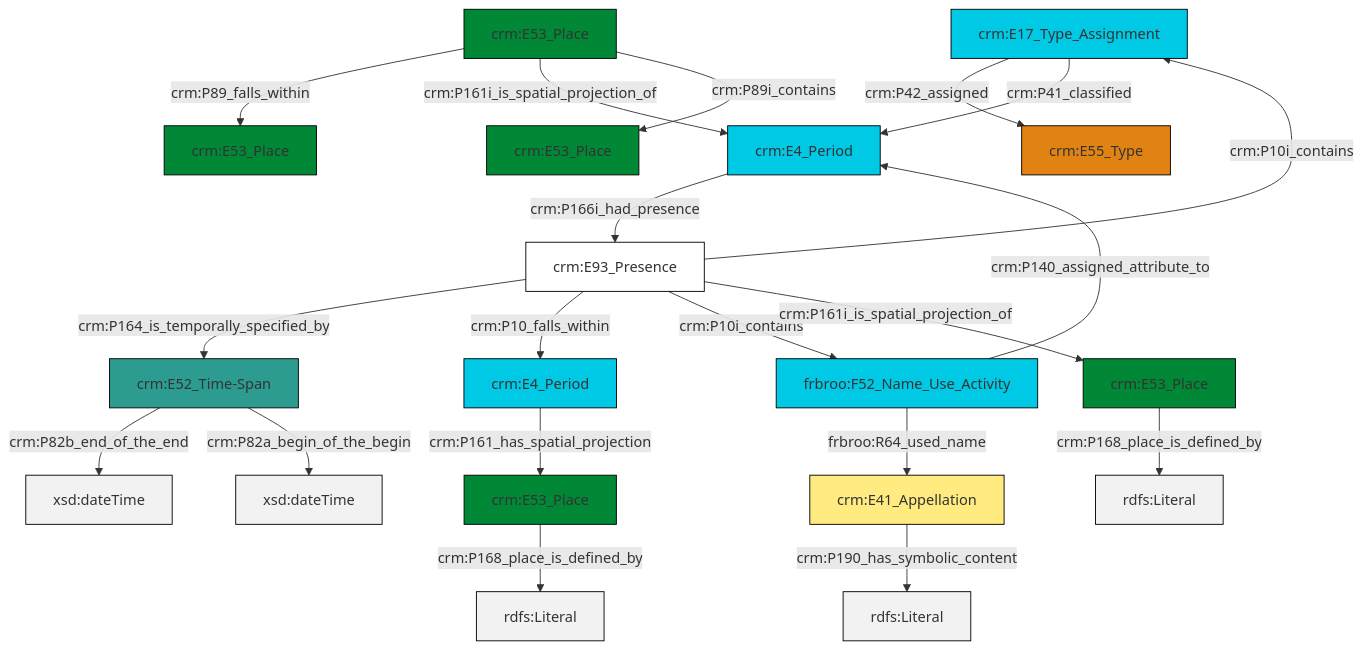
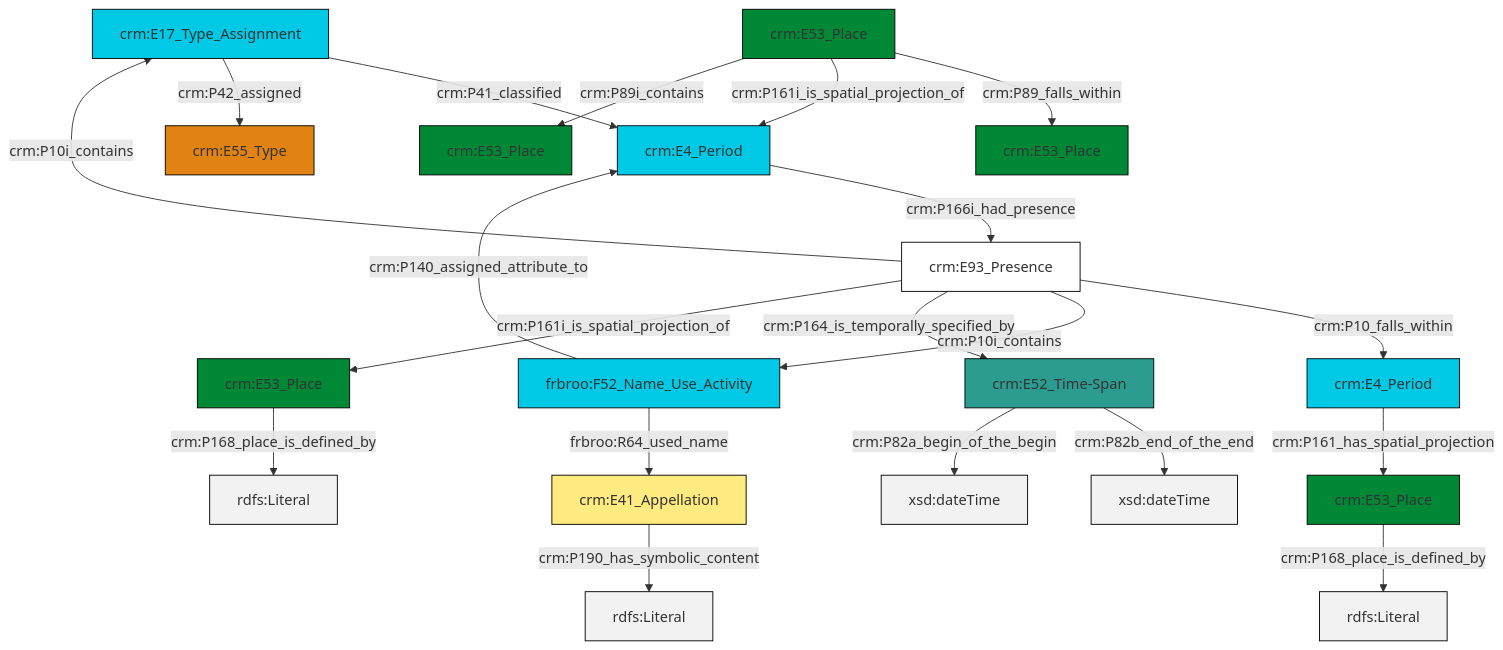
The diagram in et/placeCSV/ttl/mmd/place_parthood.ttl.mmd (swiss-art-research-net/reference-data-models), drawn with Mermaid before and after one commit. The commit also changed 122 other files, not shown here.

```diff
--- a/et/placeCSV/ttl/mmd/place_parthood.ttl.mmd
+++ b/et/placeCSV/ttl/mmd/place_parthood.ttl.mmd
@@ -1,34 +1,34 @@
 graph TD
 classDef Literal fill:#f2f2f2,stroke:#000000;
 classDef CRM_Entity fill:#FFFFFF,stroke:#000000;
 classDef Temporal_Entity fill:#00C9E6, stroke:#000000;
 classDef Type fill:#E18312, stroke:#000000;
 classDef Time-Span fill:#2C9C91, stroke:#000000;
 classDef Appellation fill:#FFEB7F, stroke:#000000;
 classDef Place fill:#008836, stroke:#000000;
 classDef Persistent_Item fill:#B266B2, stroke:#000000;
 classDef Conceptual_Object fill:#FFD700, stroke:#000000;
 classDef Physical_Thing fill:#D2B48C, stroke:#000000;
 classDef Actor fill:#f58aad, stroke:#000000;
 classDef PC_Classes fill:#4ce600, stroke:#000000;
 classDef Multi fill:#cccccc,stroke:#000000;
 
-4["crm:E17_Type_Assignment"]:::Temporal_Entity -->|crm:P42_assigned| 2["crm:E55_Type"]:::Type
-5["crm:E93_Presence"]:::CRM_Entity -->|crm:P164_is_temporally_specified_by| 6["crm:E52_Time-Span"]:::Time-Span
-6["crm:E52_Time-Span"]:::Time-Span -->|crm:P82b_end_of_the_end| 8[xsd:dateTime]:::Literal
+0["crm:E4_Period"]:::Temporal_Entity -->|crm:P161_has_spatial_projection| 1["crm:E53_Place"]:::Place
+5["crm:E17_Type_Assignment"]:::Temporal_Entity -->|crm:P41_classified| 6["crm:E4_Period"]:::Temporal_Entity
+7["crm:E93_Presence"]:::CRM_Entity -->|crm:P10i_contains| 5["crm:E17_Type_Assignment"]:::Temporal_Entity
+5["crm:E17_Type_Assignment"]:::Temporal_Entity -->|crm:P42_assigned| 8["crm:E55_Type"]:::Type
 9["crm:E53_Place"]:::Place -->|crm:P89_falls_within| 10["crm:E53_Place"]:::Place
-9["crm:E53_Place"]:::Place -->|crm:P161i_is_spatial_projection_of| 11["crm:E4_Period"]:::Temporal_Entity
-12["crm:E53_Place"]:::Place -->|crm:P168_place_is_defined_by| 13[rdfs:Literal]:::Literal
-5["crm:E93_Presence"]:::CRM_Entity -->|crm:P10_falls_within| 0["crm:E4_Period"]:::Temporal_Entity
-14["frbroo:F52_Name_Use_Activity"]:::Temporal_Entity -->|crm:P140_assigned_attribute_to| 11["crm:E4_Period"]:::Temporal_Entity
-4["crm:E17_Type_Assignment"]:::Temporal_Entity -->|crm:P41_classified| 11["crm:E4_Period"]:::Temporal_Entity
-11["crm:E4_Period"]:::Temporal_Entity -->|crm:P166i_had_presence| 5["crm:E93_Presence"]:::CRM_Entity
-16["crm:E53_Place"]:::Place -->|crm:P168_place_is_defined_by| 17[rdfs:Literal]:::Literal
-9["crm:E53_Place"]:::Place -->|crm:P89i_contains| 18["crm:E53_Place"]:::Place
-6["crm:E52_Time-Span"]:::Time-Span -->|crm:P82a_begin_of_the_begin| 19[xsd:dateTime]:::Literal
-5["crm:E93_Presence"]:::CRM_Entity -->|crm:P10i_contains| 4["crm:E17_Type_Assignment"]:::Temporal_Entity
-0["crm:E4_Period"]:::Temporal_Entity -->|crm:P161_has_spatial_projection| 12["crm:E53_Place"]:::Place
-5["crm:E93_Presence"]:::CRM_Entity -->|crm:P10i_contains| 14["frbroo:F52_Name_Use_Activity"]:::Temporal_Entity
-5["crm:E93_Presence"]:::CRM_Entity -->|crm:P161i_is_spatial_projection_of| 16["crm:E53_Place"]:::Place
-14["frbroo:F52_Name_Use_Activity"]:::Temporal_Entity -->|frbroo:R64_used_name| 26["crm:E41_Appellation"]:::Appellation
-26["crm:E41_Appellation"]:::Appellation -->|crm:P190_has_symbolic_content| 30[rdfs:Literal]:::Literal
+14["frbroo:F52_Name_Use_Activity"]:::Temporal_Entity -->|crm:P140_assigned_attribute_to| 6["crm:E4_Period"]:::Temporal_Entity
+14["frbroo:F52_Name_Use_Activity"]:::Temporal_Entity -->|frbroo:R64_used_name| 2["crm:E41_Appellation"]:::Appellation
+6["crm:E4_Period"]:::Temporal_Entity -->|crm:P166i_had_presence| 7["crm:E93_Presence"]:::CRM_Entity
+9["crm:E53_Place"]:::Place -->|crm:P161i_is_spatial_projection_of| 6["crm:E4_Period"]:::Temporal_Entity
+15["crm:E52_Time-Span"]:::Time-Span -->|crm:P82b_end_of_the_end| 22[xsd:dateTime]:::Literal
+9["crm:E53_Place"]:::Place -->|crm:P89i_contains| 17["crm:E53_Place"]:::Place
+7["crm:E93_Presence"]:::CRM_Entity -->|crm:P10_falls_within| 0["crm:E4_Period"]:::Temporal_Entity
+7["crm:E93_Presence"]:::CRM_Entity -->|crm:P10i_contains| 14["frbroo:F52_Name_Use_Activity"]:::Temporal_Entity
+2["crm:E41_Appellation"]:::Appellation -->|crm:P190_has_symbolic_content| 24[rdfs:Literal]:::Literal
+7["crm:E93_Presence"]:::CRM_Entity -->|crm:P164_is_temporally_specified_by| 15["crm:E52_Time-Span"]:::Time-Span
+1["crm:E53_Place"]:::Place -->|crm:P168_place_is_defined_by| 27[rdfs:Literal]:::Literal
+15["crm:E52_Time-Span"]:::Time-Span -->|crm:P82a_begin_of_the_begin| 28[xsd:dateTime]:::Literal
+12["crm:E53_Place"]:::Place -->|crm:P168_place_is_defined_by| 29[rdfs:Literal]:::Literal
+7["crm:E93_Presence"]:::CRM_Entity -->|crm:P161i_is_spatial_projection_of| 12["crm:E53_Place"]:::Place
```
